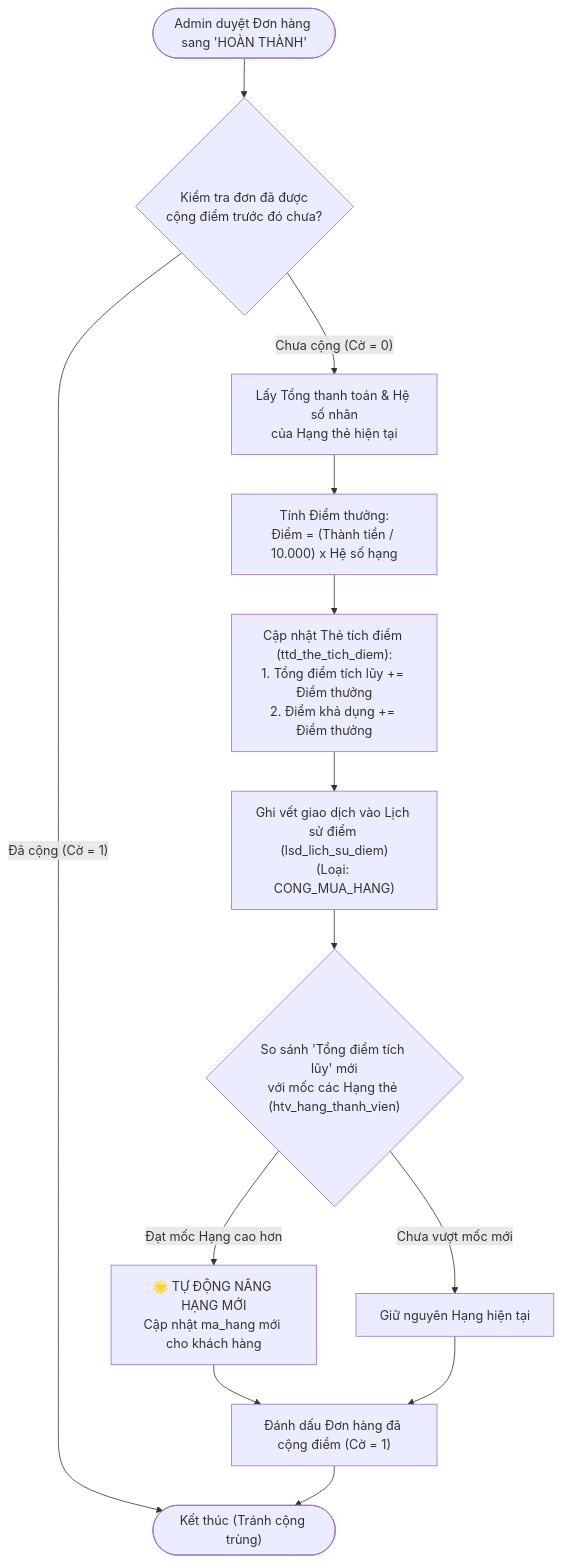
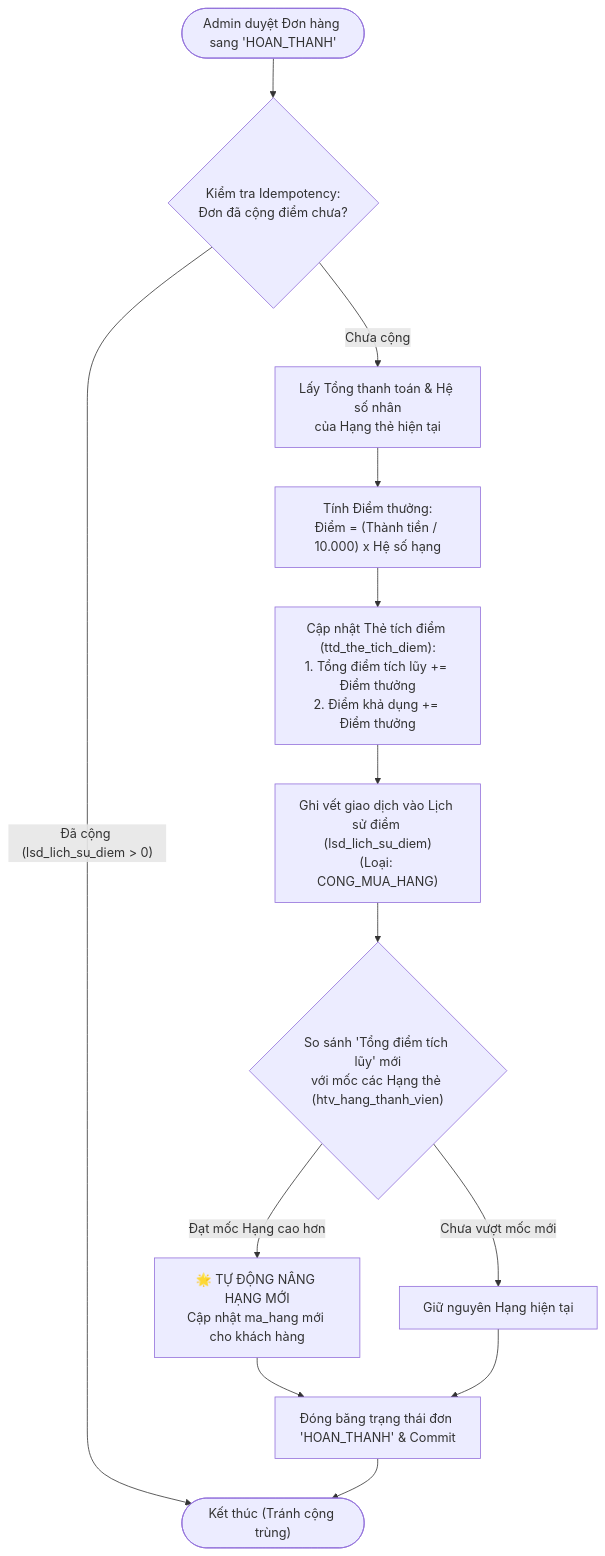
The third of 4 diagrams in README.md (lethaoquyendth235746/Web-quan-ly-cua-hang-quan-ao), drawn with Mermaid before and after one commit. The commit also changed other lines of this file and 2 other files, not shown here.

````diff
--- a/README.md
+++ b/README.md
@@ -108,21 +123,21 @@
 ```mermaid
 flowchart TD
-A(["Admin duyệt Đơn hàng sang 'HOÀN THÀNH'"]) --> B{"Kiểm tra đơn đã được\ncộng điểm trước đó chưa?"}
-B -- "Đã cộng (Cờ = 1)" --> Z(["Kết thúc (Tránh cộng trùng)"])
-B -- "Chưa cộng (Cờ = 0)" --> C["Lấy Tổng thanh toán & Hệ số nhân\ncủa Hạng thẻ hiện tại"]
+A(["Admin duyệt Đơn hàng sang 'HOAN_THANH'"]) --> B{"Kiểm tra Idempotency:\nĐơn đã cộng điểm chưa?"}
+B -- "Đã cộng (lsd_lich_su_diem > 0)" --> Z(["Kết thúc (Tránh cộng trùng)"])
+B -- "Chưa cộng" --> C["Lấy Tổng thanh toán & Hệ số nhân\ncủa Hạng thẻ hiện tại"]
 
 C --> D["Tính Điểm thưởng:\nĐiểm = (Thành tiền / 10.000) x Hệ số hạng"]
 
 D --> E["Cập nhật Thẻ tích điểm (ttd_the_tich_diem):\n1. Tổng điểm tích lũy += Điểm thưởng\n2. Điểm khả dụng += Điểm thưởng"]
 
 E --> F["Ghi vết giao dịch vào Lịch sử điểm (lsd_lich_su_diem)\n(Loại: CONG_MUA_HANG)"]
 
 F --> G{"So sánh 'Tổng điểm tích lũy' mới\nvới mốc các Hạng thẻ (htv_hang_thanh_vien)"}
 
 G -- "Đạt mốc Hạng cao hơn" --> H["🌟 TỰ ĐỘNG NÂNG HẠNG MỚI\nCập nhật ma_hang mới cho khách hàng"]
 G -- "Chưa vượt mốc mới" --> I["Giữ nguyên Hạng hiện tại"]
 
-H --> K["Đánh dấu Đơn hàng đã cộng điểm (Cờ = 1)"]
+H --> K["Đóng băng trạng thái đơn 'HOAN_THANH' & Commit"]
 I --> K
 K --> Z
 ```
````
